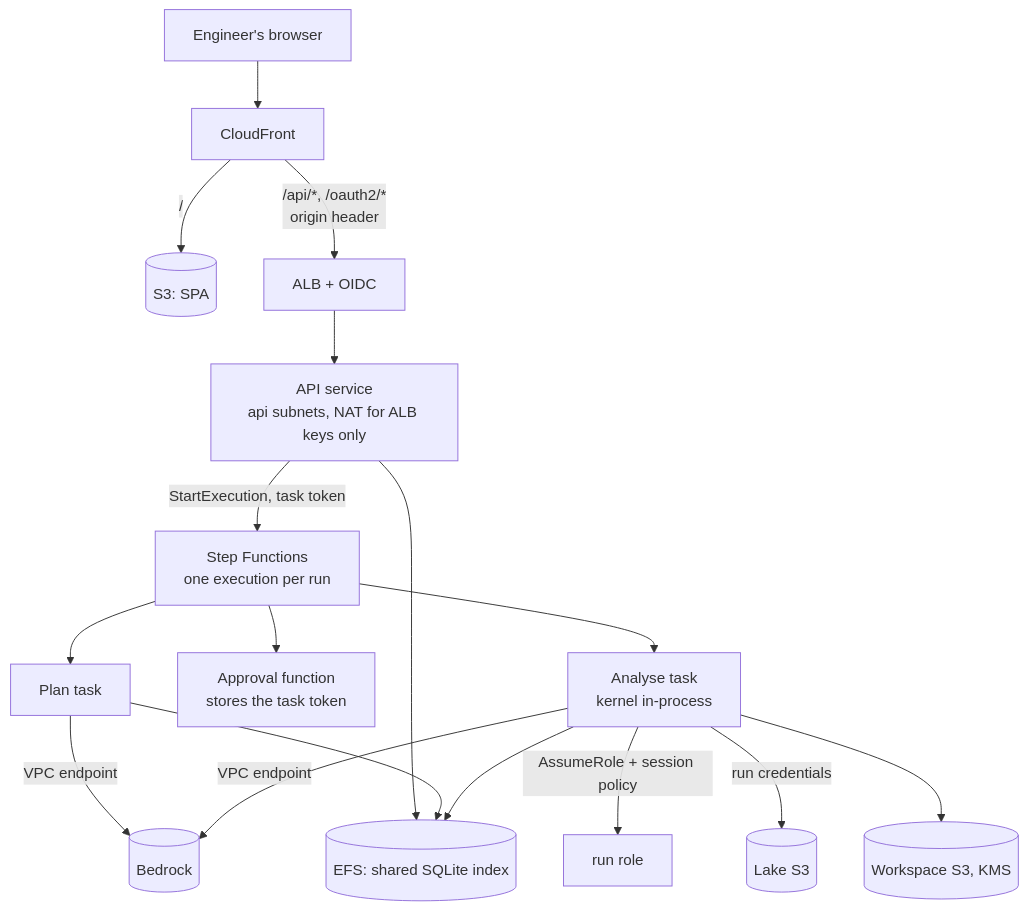
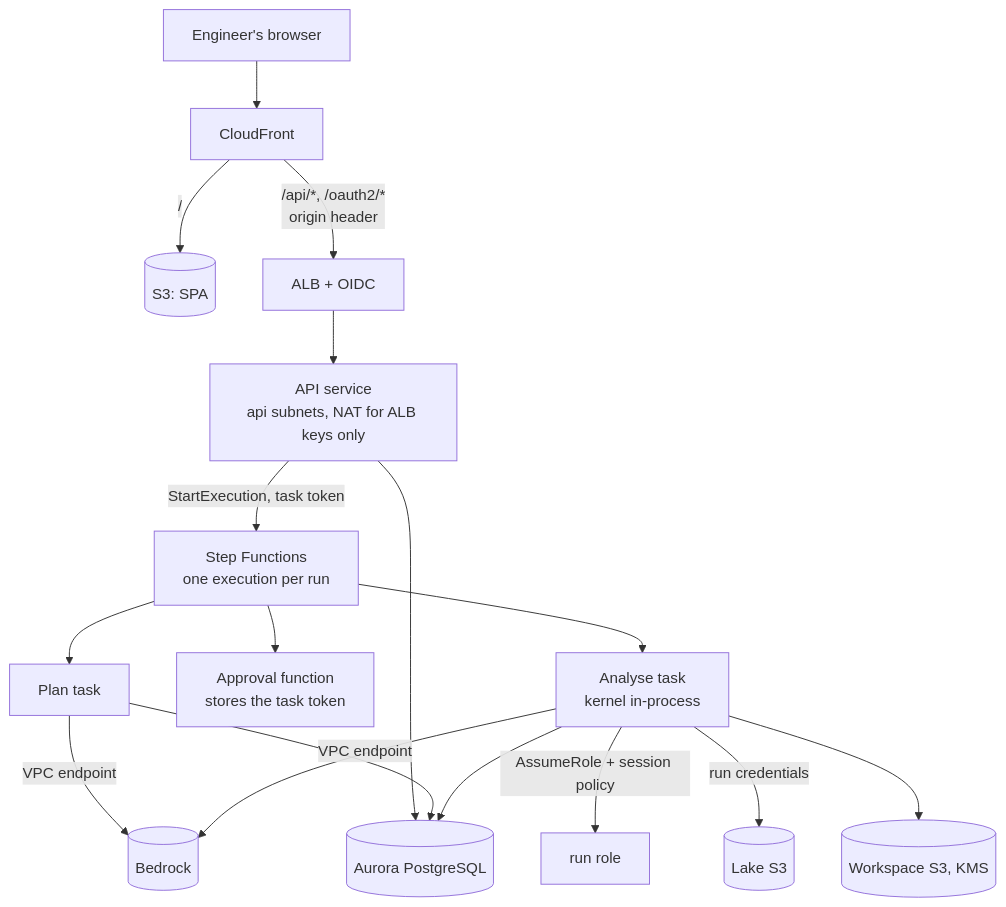
Before and after one commit to kausalflow/alchemist: the diagram in docs/guides/deploy-aws.md, drawn with Mermaid. The commit also changed other lines of this file and 24 other files, not shown here.

First line of the commit message:
Use PostgreSQL (Aurora) for the app database; keep SQLite for local runs

````diff
--- a/docs/guides/deploy-aws.md
+++ b/docs/guides/deploy-aws.md
@@ -16,16 +16,16 @@
 ```mermaid
 flowchart TB
     U[Engineer's browser] --> CF[CloudFront]
     CF -->|/| WEB[(S3: SPA)]
     CF -->|/api/*, /oauth2/*<br/>origin header| ALB[ALB + OIDC]
     ALB --> API[API service<br/>api subnets, NAT for ALB keys only]
     API -->|StartExecution, task token| SF[Step Functions<br/>one execution per run]
     SF --> PLAN[Plan task]
     SF --> AP[Approval function<br/>stores the task token]
     SF --> AN[Analyse task<br/>kernel in-process]
     PLAN & AN -->|VPC endpoint| BR[(Bedrock)]
     AN -->|AssumeRole + session policy| RUN[run role]
     AN -->|run credentials| LAKE[(Lake S3)]
     AN --> WS[(Workspace S3, KMS)]
-    API & PLAN & AN --> FS[(EFS: shared SQLite index)]
+    API & PLAN & AN --> DB[(Aurora PostgreSQL)]
 ```
````
